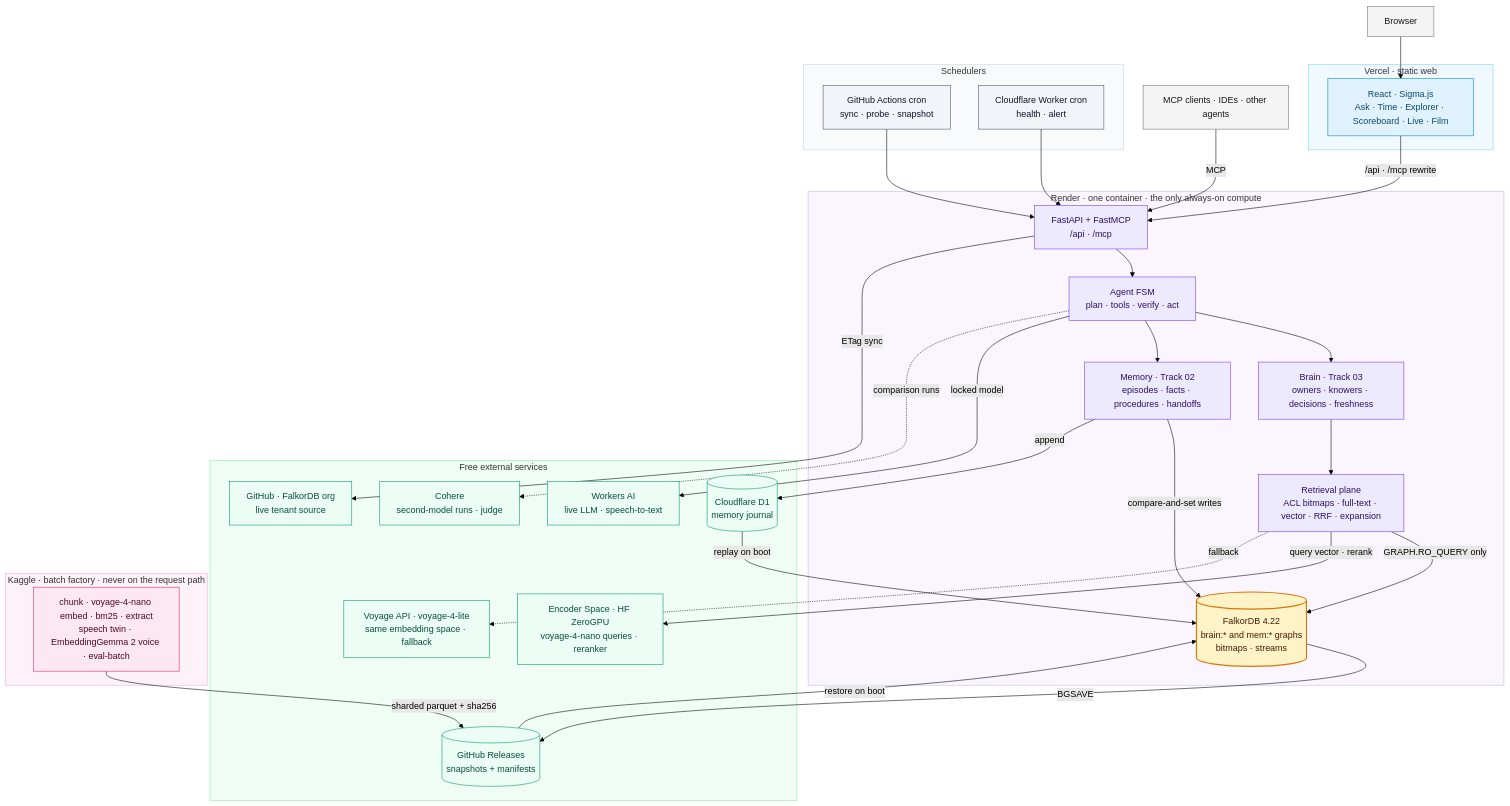
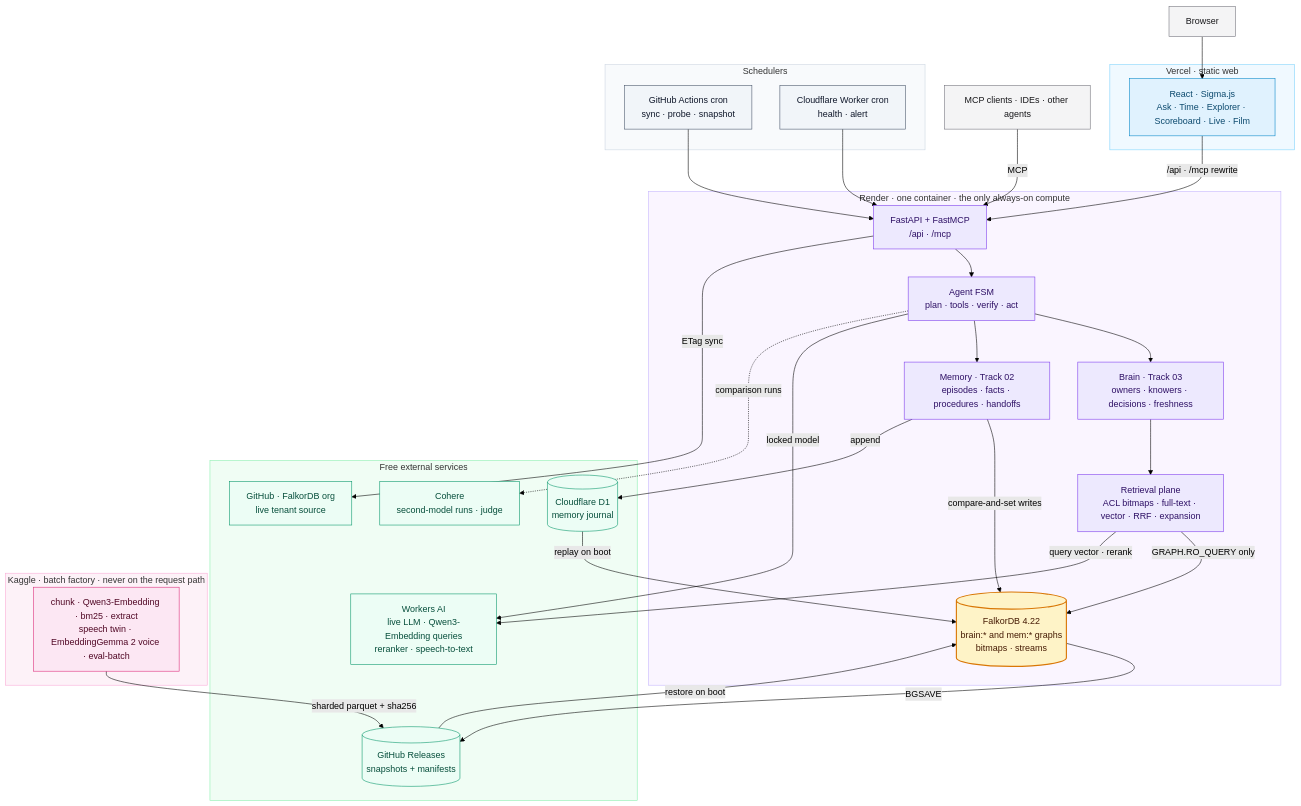
The first of 8 diagrams in PLAN_SPEC.md (simon-derock/constellation), drawn with Mermaid (forest theme) before and after one commit. The commit also changed other lines of this file and 2 other files, not shown here.

First line of the commit message:
docs(spec): Qwen3-Embedding-0.6B on Kaggle and Workers AI; drop encoder Space and Voyage

````diff
--- a/PLAN_SPEC.md
+++ b/PLAN_SPEC.md
@@ -257,73 +257,70 @@
 ```mermaid
 flowchart TB
   U["Browser"]:::client
   MC["MCP clients · IDEs · other agents"]:::client
 
   subgraph EDGE["Vercel · static web"]
     UI["React · Sigma.js<br/>Ask · Time · Explorer · Scoreboard · Live · Film"]:::edge
   end
 
   subgraph CORE["Render · one container · the only always-on compute"]
     API["FastAPI + FastMCP<br/>/api · /mcp"]:::core
     AG["Agent FSM<br/>plan · tools · verify · act"]:::core
     BR["Brain · Track 03<br/>owners · knowers · decisions · freshness"]:::core
     MEM["Memory · Track 02<br/>episodes · facts · procedures · handoffs"]:::core
     RT["Retrieval plane<br/>ACL bitmaps · full-text · vector · RRF · expansion"]:::core
     FDB[("FalkorDB 4.22<br/>brain:* and mem:* graphs<br/>bitmaps · streams")]:::db
   end
 
   subgraph EXT["Free external services"]
-    WAI["Workers AI<br/>live LLM · speech-to-text"]:::ext
+    WAI["Workers AI<br/>live LLM · Qwen3-Embedding queries<br/>reranker · speech-to-text"]:::ext
     CO["Cohere<br/>second-model runs · judge"]:::ext
-    ENC["Encoder Space · HF ZeroGPU<br/>voyage-4-nano queries · reranker"]:::ext
-    VOY["Voyage API · voyage-4-lite<br/>same embedding space · fallback"]:::ext
     GH["GitHub · FalkorDB org<br/>live tenant source"]:::ext
     SNAP[("GitHub Releases<br/>snapshots + manifests")]:::store
     JRN[("Cloudflare D1<br/>memory journal")]:::store
   end
 
   subgraph BATCH["Kaggle · batch factory · never on the request path"]
-    JOBS["chunk · voyage-4-nano embed · bm25 · extract<br/>speech twin · EmbeddingGemma 2 voice · eval-batch"]:::batch
+    JOBS["chunk · Qwen3-Embedding · bm25 · extract<br/>speech twin · EmbeddingGemma 2 voice · eval-batch"]:::batch
   end
 
   subgraph SCHED["Schedulers"]
     GHA["GitHub Actions cron<br/>sync · probe · snapshot"]:::sched
     CFW["Cloudflare Worker cron<br/>health · alert"]:::sched
   end
 
   U --> UI
   UI -->|"/api · /mcp rewrite"| API
   MC -->|"MCP"| API
   API --> AG
   AG --> BR
   AG --> MEM
   BR --> RT
   RT -->|"GRAPH.RO_QUERY only"| FDB
   MEM -->|"compare-and-set writes"| FDB
   MEM -->|"append"| JRN
   AG -->|"locked model"| WAI
   AG -.->|"comparison runs"| CO
-  RT -->|"query vector · rerank"| ENC
-  RT -.->|"fallback"| VOY
+  RT -->|"query vector · rerank"| WAI
   API -->|"ETag sync"| GH
   JOBS -->|"sharded parquet + sha256"| SNAP
   SNAP -->|"restore on boot"| FDB
   JRN -->|"replay on boot"| FDB
   FDB -->|"BGSAVE"| SNAP
   GHA --> API
   CFW --> API
 
   classDef client fill:#f4f4f5,stroke:#71717a,color:#18181b
   classDef edge fill:#e0f2fe,stroke:#0284c7,color:#0c4a6e
   classDef core fill:#ede9fe,stroke:#7c3aed,color:#2e1065
   classDef db fill:#fef3c7,stroke:#d97706,color:#451a03,stroke-width:2px
   classDef ext fill:#ecfdf5,stroke:#059669,color:#064e3b
   classDef store fill:#ecfdf5,stroke:#059669,color:#064e3b
   classDef batch fill:#fce7f3,stroke:#db2777,color:#500724
   classDef sched fill:#f1f5f9,stroke:#475569,color:#0f172a
   style EDGE fill:#f0f9ff,stroke:#7dd3fc
   style CORE fill:#faf5ff,stroke:#c4b5fd
   style EXT fill:#f0fdf4,stroke:#86efac
   style BATCH fill:#fdf2f8,stroke:#f9a8d4
   style SCHED fill:#f8fafc,stroke:#cbd5e1
 ```
````
